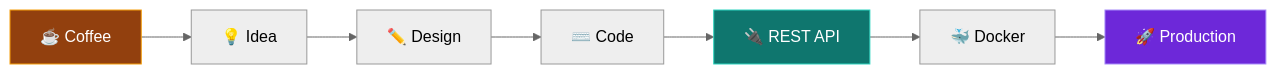
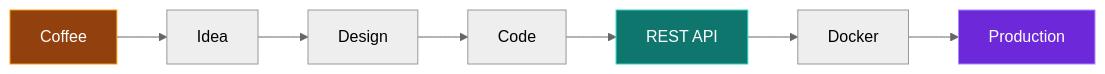
The diagram in README.md (Degky827/Degky827), drawn with Mermaid (neutral theme) before and after one commit. The commit also changed other lines of this file, not shown here.

````diff
--- a/README.md
+++ b/README.md
@@ -93,12 +77,12 @@
 ```mermaid
 flowchart LR
-    A[☕ Coffee] --> B[💡 Idea]
-    B --> C[✏️ Design]
-    C --> D[⌨️ Code]
-    D --> E[🔌 REST API]
-    E --> F[🐳 Docker]
-    F --> G[🚀 Production]
+    A[Coffee] --> B[Idea]
+    B --> C[Design]
+    C --> D[Code]
+    D --> E[REST API]
+    E --> F[Docker]
+    F --> G[Production]
     style A fill:#92400e,color:#fff,stroke:#f59e0b
     style E fill:#0f766e,color:#fff,stroke:#2dd4bf
     style G fill:#6d28d9,color:#fff,stroke:#a78bfa
 ```
````
